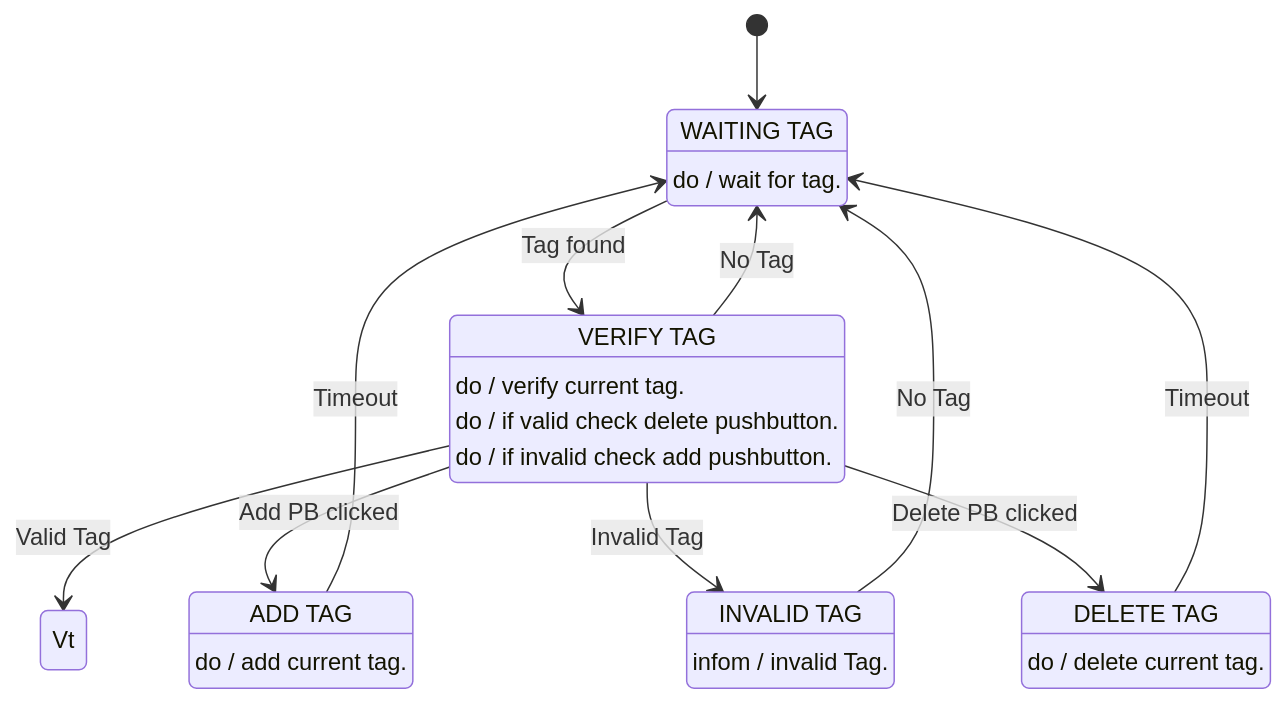
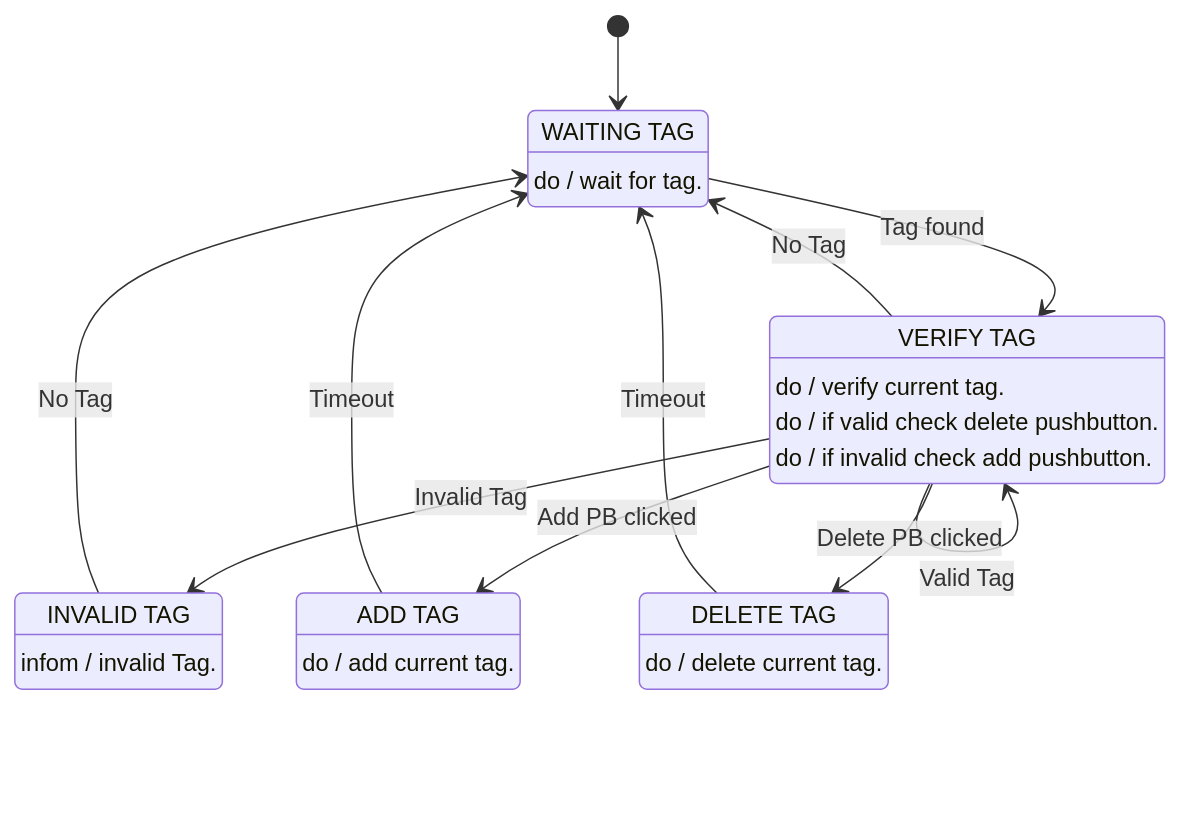
Before and after one commit to RobAxt/PdM_workspace: the diagram in Practica_TP.Final/README.md, drawn with Mermaid.

````diff
--- a/Practica_TP.Final/README.md
+++ b/Practica_TP.Final/README.md
@@ -26,20 +26,20 @@
 ```mermaid 
 stateDiagram-v2 
 [*] --> WT
 state "WAITING TAG" as WT: do / wait for tag.
 state "VERIFY TAG" as VT: do / verify current tag.
 VT: do / if valid check delete pushbutton.
 VT: do / if invalid check add pushbutton.
 state "INVALID TAG" as IT: infom / invalid Tag.
 state "ADD TAG" as AT: do / add current tag.
 state "DELETE TAG" as DT: do / delete current tag.
 WT --> VT : Tag found
 VT --> WT : No Tag
-VT --> Vt : Valid Tag
+VT --> VT : Valid Tag
 VT --> AT : Add PB clicked
 AT --> WT : Timeout
 IT --> WT : No Tag
 VT --> IT : Invalid Tag
 VT --> DT : Delete PB clicked
 DT --> WT : Timeout
 ```
````
